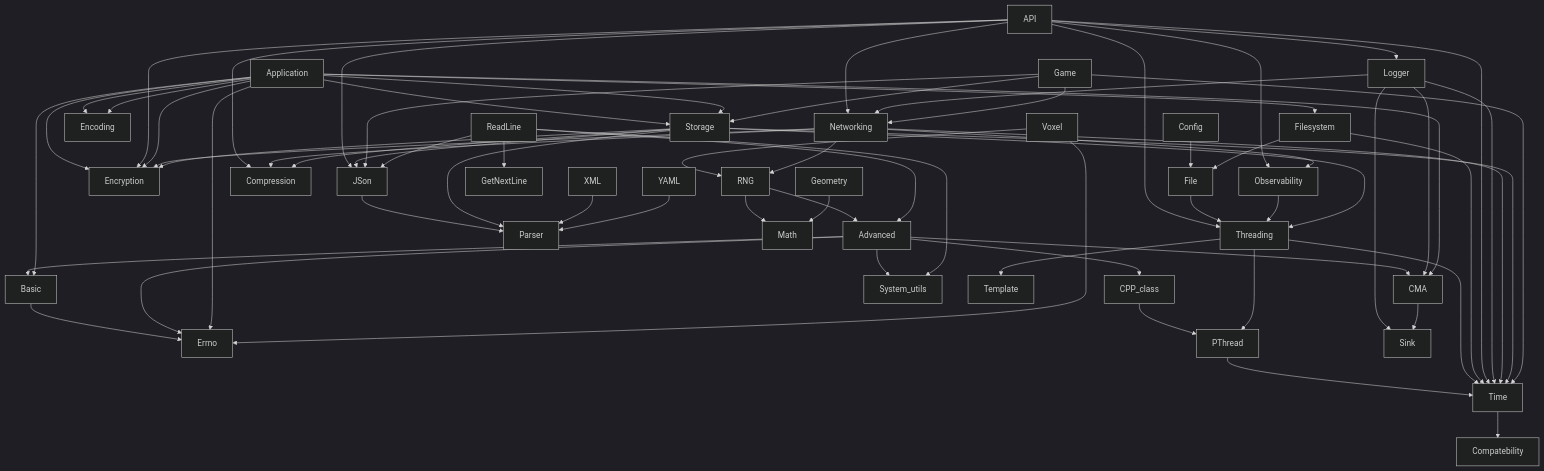
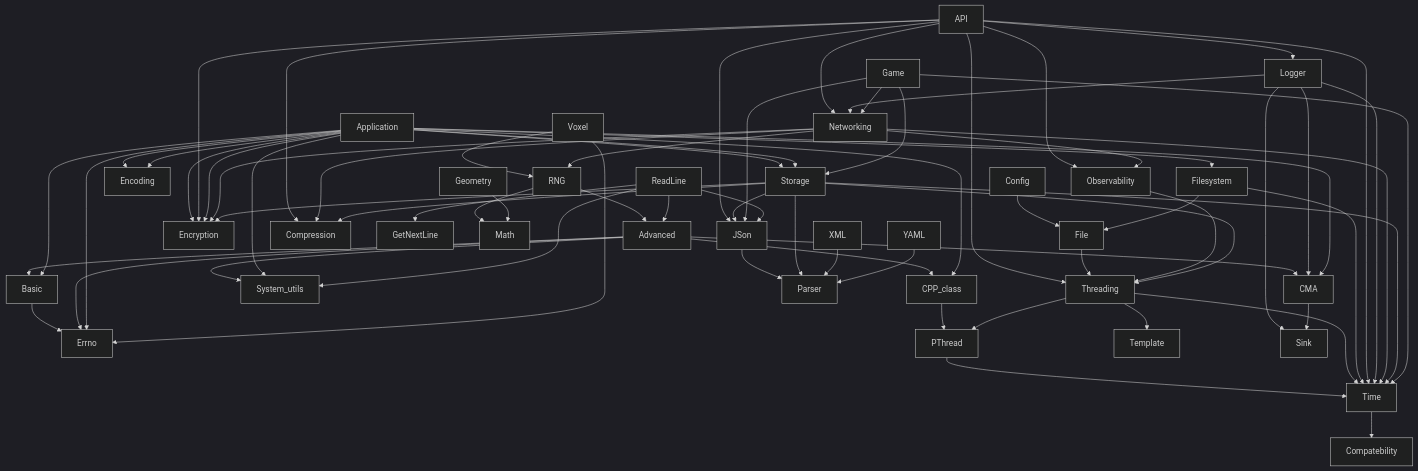
The diagram in Docs/module_dependency_graph.md (Adyem/Libft), drawn with Mermaid (dark theme) before and after one commit. The commit also changed other lines of this file and 22 other files, not shown here.

````diff
--- a/Docs/module_dependency_graph.md
+++ b/Docs/module_dependency_graph.md
@@ -94,70 +94,72 @@
 ```mermaid
 graph TD
     Basic --> Errno
     Advanced --> Basic
     Advanced --> CPP_class
     Advanced --> CMA
     Advanced --> Errno
     Advanced --> System_utils
     CPP_class --> PThread
     PThread --> Time
     Threading --> PThread
     Threading --> Template
     Threading --> Time
     Time --> Compatebility
     Configuration[Config] --> File
     API --> Threading
     Application --> Storage
     Application --> Encryption
     Application --> Encoding
     File --> Threading
     Filesystem --> File
     Filesystem --> Time
     JSon --> Parser
     API --> Compression
     API --> Encryption
     API --> JSon
     API --> Logger
     Logger --> CMA
     API --> Networking
     API --> Observability
     API --> Time
     Application --> Basic
     Application --> CMA
+    Application --> CPP_class
     Application --> Errno
     Application --> Encoding
     Application --> Encryption
     Application --> Filesystem
     Application --> Storage
+    Application --> System_utils
     Observability --> Threading
     Logger --> Sink
     CMA --> Sink
     Logger --> Networking
     Logger --> Time
     Voxel --> Errno
     Voxel --> RNG
     RNG --> Advanced
     Networking --> Compression
     Networking --> Encryption
     Networking --> Observability
     Networking --> RNG
     Networking --> Time
     Storage --> Compression
     Storage --> Encryption
     Storage --> JSon
     Storage --> Parser
     Storage --> Time
     Storage --> Threading
     Game --> JSon
     Game --> Networking
     Game --> Storage
     Game --> Time
     ReadLine --> Advanced
     ReadLine --> GetNextLine
     ReadLine --> JSon
     ReadLine --> System_utils
     RNG --> Math
     Geometry --> Math
     XML --> Parser
     YAML --> Parser
 ```
````
